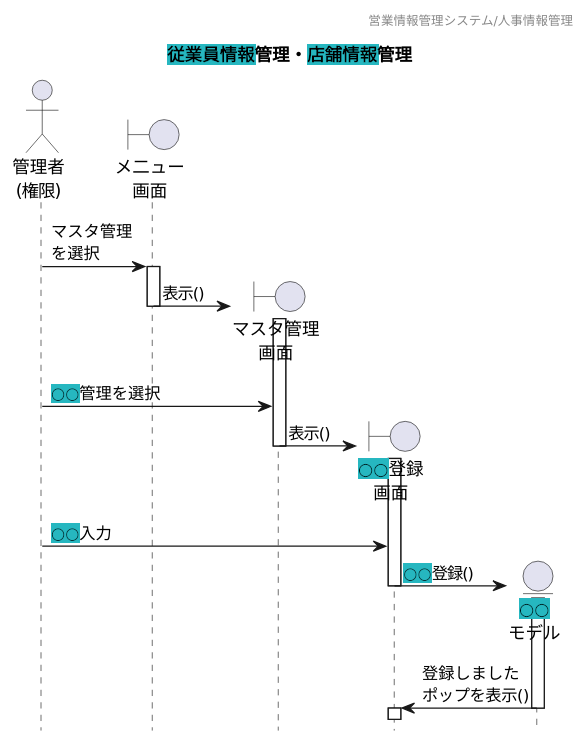
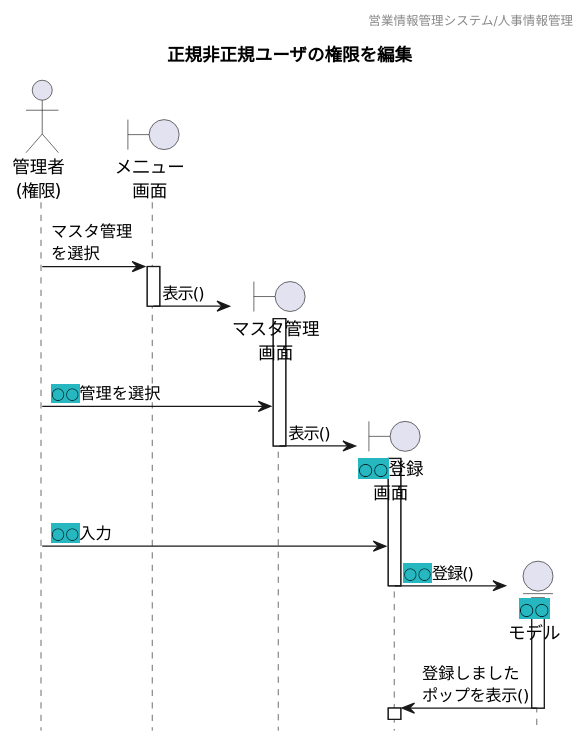
Before and after one commit to HaruShim/Sotuken: the diagram in 各種設計書/シーケンス図/管理者-人事(2).plantuml, drawn with PlantUML.

```diff
--- a/各種設計書/シーケンス図/管理者-人事(2).plantuml
+++ b/各種設計書/シーケンス図/管理者-人事(2).plantuml
@@ -1,36 +1,36 @@
 @startuml シーケンス図
 
 hide footbox
 header 営業情報管理システム/人事情報管理
-title <back:#25b7c0>従業員情報</back>管理・<back:25b7c0>店舗情報</back>管理
+title 正規非正規ユーザの権限を編集
 
 actor "管理者\n(権限)" as Manager
 boundary "メ二ュー\n画面" as MenuSc
 Manager -> MenuSc : マスタ管理\nを選択
 activate MenuSc
 
 create boundary "マスタ管理\n画面" as MastSc
 MenuSc -> MastSc : 表示()
 deactivate
 activate MastSc
 
 Manager -> MastSc : <back:#25b7c0>○○</back>管理を選択
 
 create boundary "<back:#25b7c0>○○</back>登録\n画面" as StaffRegiSc
 MastSc -> StaffRegiSc : 表示()
 deactivate
 activate StaffRegiSc
 
 Manager -> StaffRegiSc : <back:#25b7c0>○○</back>入力
 
 create entity "<back:#25b7c0>○○</back>\nモデル" as StaffObj
 StaffRegiSc -> StaffObj : <back:#25b7c0>○○</back>登録()
 deactivate
 activate StaffObj
 
 StaffObj -> StaffRegiSc : 登録しました\nポップを表示()
 deactivate
 activate StaffRegiSc
 deactivate
 
 @enduml
```
